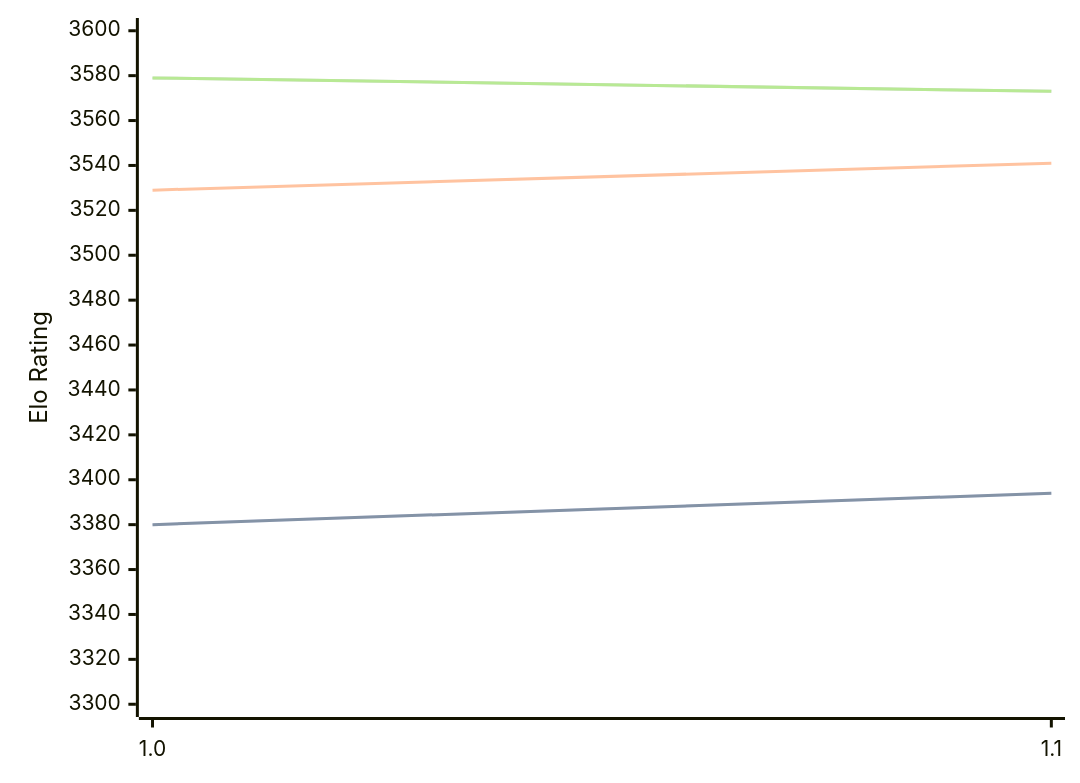
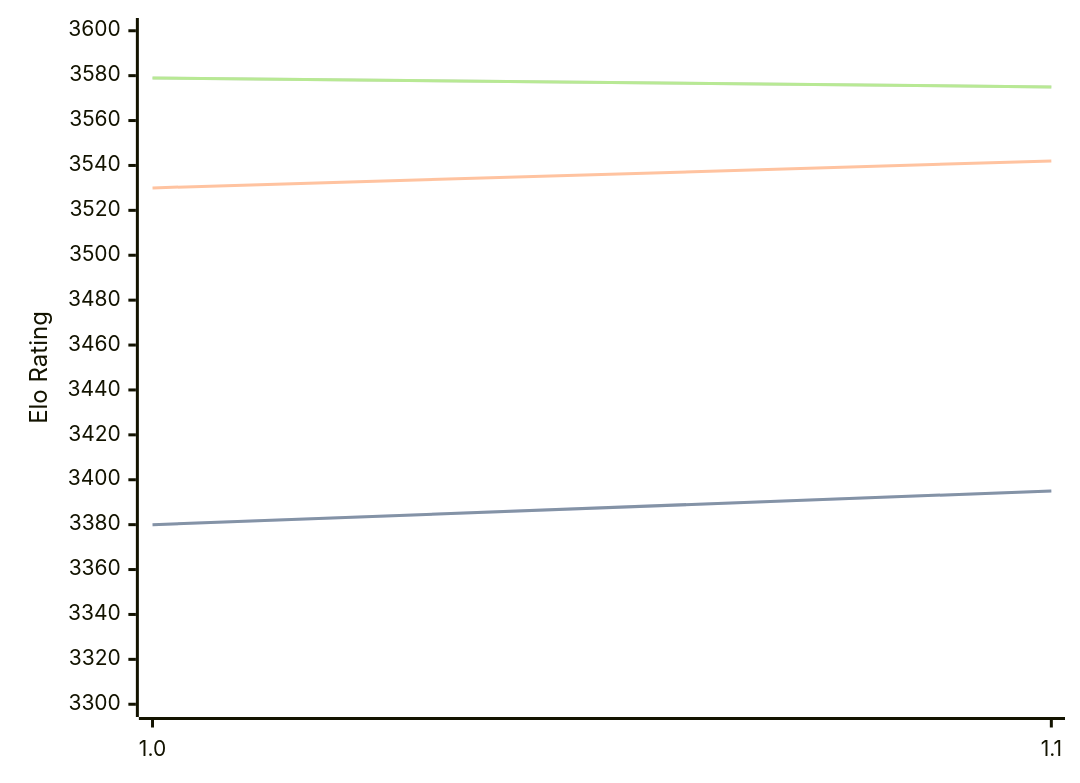
One commit to computer-chess-index/cci changed the diagram in engines/Horsie.md. Above: the diagram before and after it, drawn with Mermaid. The commit also changed other lines of this file, not shown here.

Commit message:
Update CCI Ratings (ELO VLTC) - 2026-05-04

````diff
--- a/engines/Horsie.md
+++ b/engines/Horsie.md
@@ -32,11 +32,11 @@
 ```mermaid
 %%{init: {"theme":"base","themeVariables":{"seriesColors:['#a3a3a3','#222221','#faa371']}}}%%
 xychart-beta
   x-axis ["1.0", "1.1"]
   y-axis "Elo Rating" 3300 --> 3600
-  line "STC (8.0+0.08s)" [3380, 3394]
-  line "STC (8.0+0.08s)" [3380, 3394]
-  line "LTC (60.0+0.60s)" [3529, 3541]
-  line "VLTC (2m24s+1.12s)" [3579, 3573]
-  line "VLTC (2m24s+1.12s)" [3579, 3573]
+  line "STC (8.0+0.08s)" [3380, 3395]
+  line "STC (8.0+0.08s)" [3380, 3395]
+  line "LTC (60.0+0.60s)" [3530, 3542]
+  line "VLTC (2m24s+1.12s)" [3579, 3575]
+  line "VLTC (2m24s+1.12s)" [3579, 3575]
 ```
````
